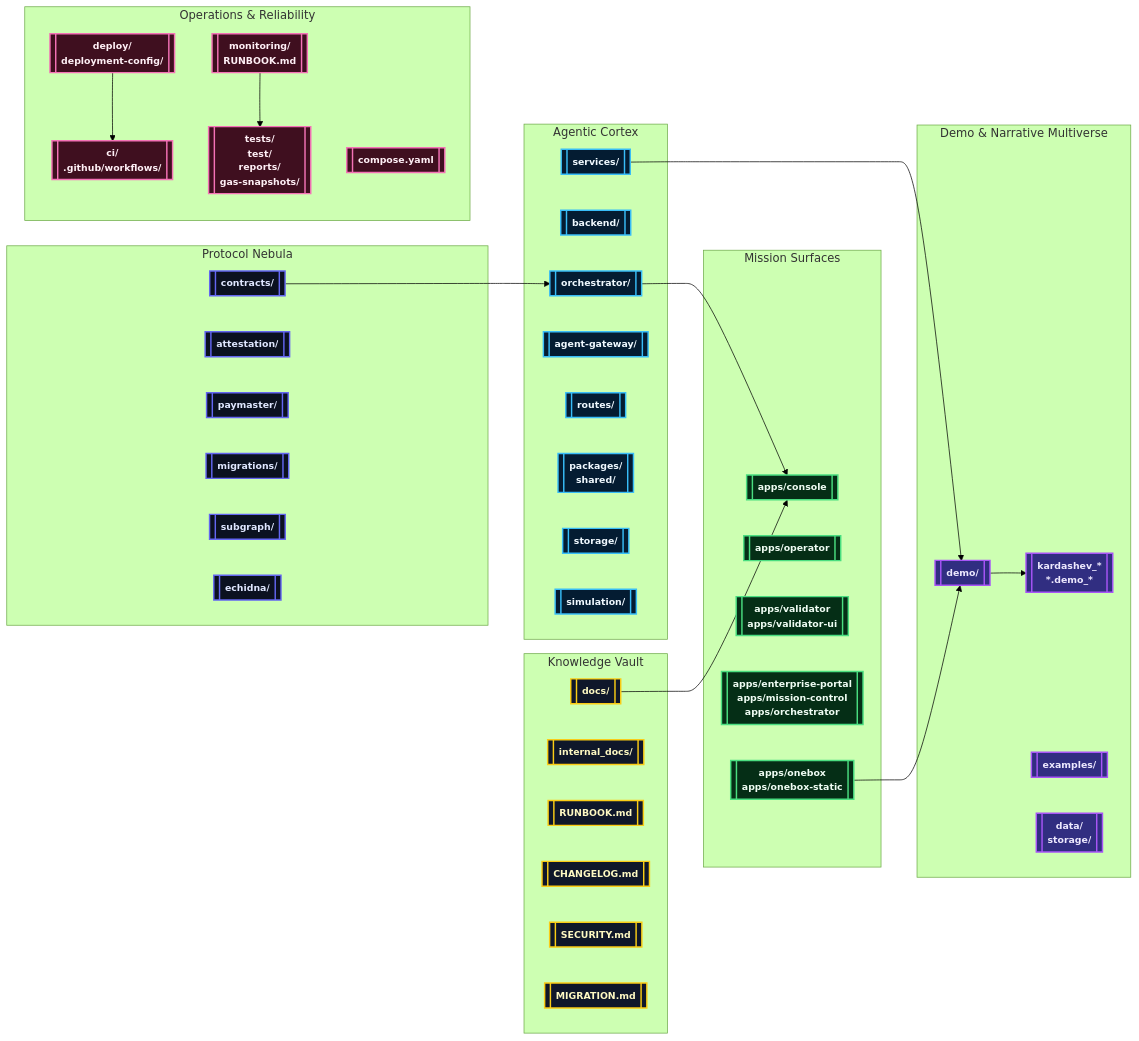
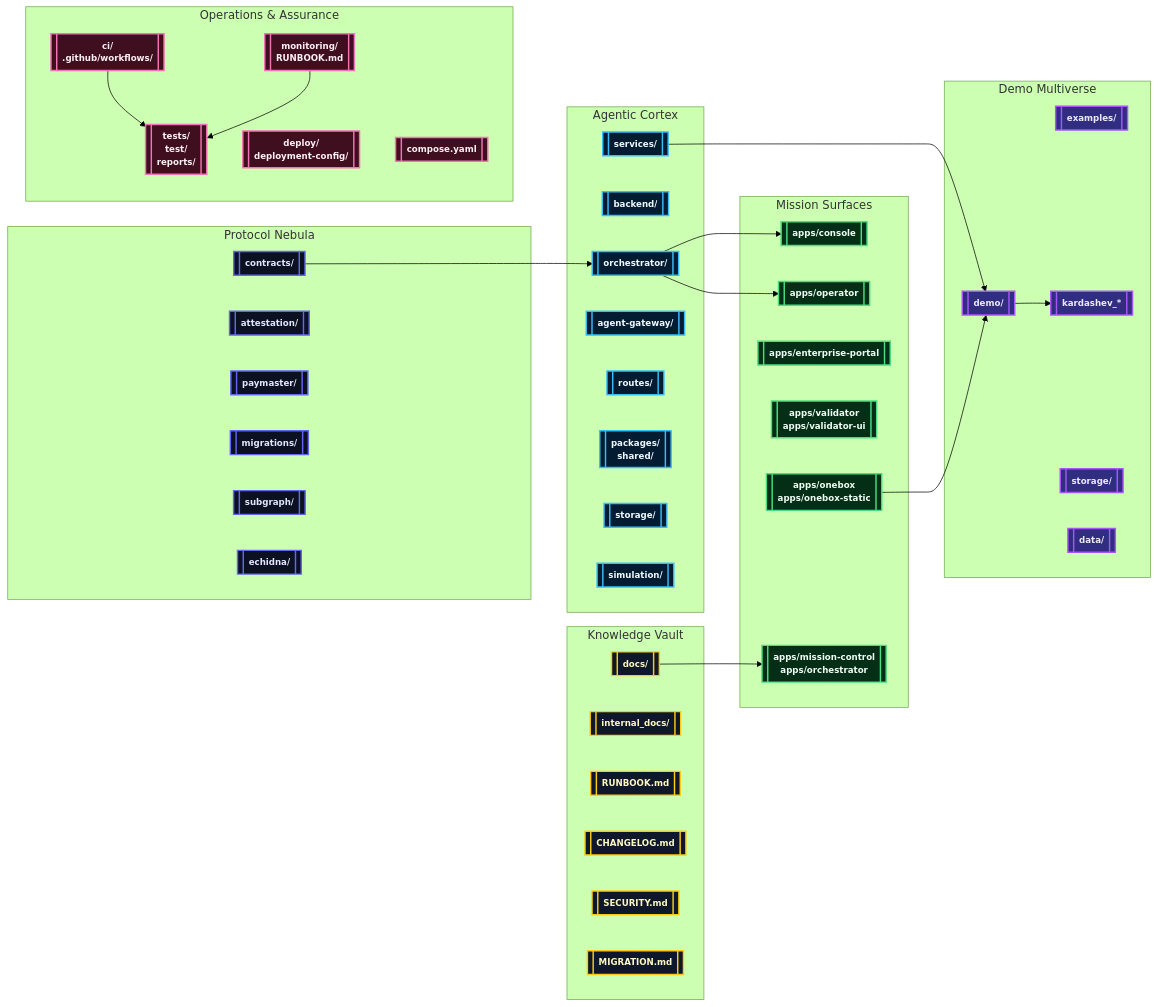
One commit to MontrealAI/AGIJobsv0 changed the first of 2 diagrams in README.md. Above: the diagram before and after it, drawn with Mermaid (forest theme). The commit also changed other lines of this file, not shown here.

Commit message:
docs: refresh root readme for demo multiverse

````diff
--- a/README.md
+++ b/README.md
@@ -69,71 +52,74 @@
 ```mermaid
-%% Grandiose orbital map of AGI Jobs v0 (v2)
+%% Iconic sovereign constellation
 flowchart LR
-    classDef protocol fill:#0b1120,stroke:#6366f1,color:#e0e7ff,font-size:13px,font-weight:bold,stroke-width:2px;
-    classDef cortex fill:#041c32,stroke:#38bdf8,color:#f0f9ff,font-size:13px,font-weight:bold,stroke-width:2px;
-    classDef surfaces fill:#052e16,stroke:#4ade80,color:#f0fdf4,font-size:13px,font-weight:bold,stroke-width:2px;
-    classDef ops fill:#3f0f1f,stroke:#f472b6,color:#fff0f6,font-size:13px,font-weight:bold,stroke-width:2px;
-    classDef demos fill:#312e81,stroke:#a855f7,color:#ede9fe,font-size:13px,font-weight:bold,stroke-width:2px;
-    classDef knowledge fill:#0f172a,stroke:#facc15,color:#fef9c3,font-size:13px,font-weight:bold,stroke-width:2px;
+    classDef protocol fill:#0b1120,stroke:#6366f1,color:#e0e7ff,font-size:12px,font-weight:bold,stroke-width:2px;
+    classDef cortex fill:#041c32,stroke:#38bdf8,color:#f0f9ff,font-size:12px,font-weight:bold,stroke-width:2px;
+    classDef surfaces fill:#052e16,stroke:#4ade80,color:#f0fdf4,font-size:12px,font-weight:bold,stroke-width:2px;
+    classDef demos fill:#312e81,stroke:#a855f7,color:#ede9fe,font-size:12px,font-weight:bold,stroke-width:2px;
+    classDef ops fill:#3f0f1f,stroke:#f472b6,color:#fff0f6,font-size:12px,font-weight:bold,stroke-width:2px;
+    classDef knowledge fill:#0f172a,stroke:#facc15,color:#fef9c3,font-size:12px,font-weight:bold,stroke-width:2px;
 
     subgraph "Protocol Nebula"
         contracts[[contracts/]]:::protocol
-        attestation[[attestation/]]:::protocol
+        attest[[attestation/]]:::protocol
         paymaster[[paymaster/]]:::protocol
         migrations[[migrations/]]:::protocol
         subgraphSvc[[subgraph/]]:::protocol
         echidnaLab[[echidna/]]:::protocol
     end
 
     subgraph "Agentic Cortex"
         orchestrator[[orchestrator/]]:::cortex
         backendSvc[[backend/]]:::cortex
         servicesHub[[services/]]:::cortex
-        agentGateway[[agent-gateway/]]:::cortex
+        gateway[[agent-gateway/]]:::cortex
         routesHub[[routes/]]:::cortex
         packagesHub[[packages/\nshared/]]:::cortex
         storageHub[[storage/]]:::cortex
-        simulationHub[[simulation/]]:::cortex
+        simHub[[simulation/]]:::cortex
     end
 
     subgraph "Mission Surfaces"
         console[[apps/console]]:::surfaces
         operator[[apps/operator]]:::surfaces
-        validatorApp[[apps/validator\napps/validator-ui]]:::surfaces
-        enterprise[[apps/enterprise-portal\napps/mission-control\napps/orchestrator]]:::surfaces
+        enterprise[[apps/enterprise-portal]]:::surfaces
+        validator[[apps/validator\napps/validator-ui]]:::surfaces
         onebox[[apps/onebox\napps/onebox-static]]:::surfaces
+        missionCtrl[[apps/mission-control\napps/orchestrator]]:::surfaces
     end
 
-    subgraph "Operations & Reliability"
-        deploy[[deploy/\ndeployment-config/]]:::ops
-        ci[[ci/\n.github/workflows/]]:::ops
-        monitoring[[monitoring/\nRUNBOOK.md]]:::ops
-        qa[[tests/\ntest/\nreports/\ngas-snapshots/]]:::ops
-        compose[[compose.yaml]]:::ops
+    subgraph "Demo Multiverse"
+        demosRoot[[demo/]]:::demos
+        examplesNode[[examples/]]:::demos
+        kardashev[[kardashev_*]]:::demos
+        storageNode[[storage/]]:::demos
+        dataNode[[data/]]:::demos
     end
 
-    subgraph "Demo & Narrative Multiverse"
-        demosRoot[[demo/]]:::demos
-        kardashev[[kardashev_*\n*.demo_*]]:::demos
-        examples[[examples/]]:::demos
-        datavault[[data/\nstorage/]]:::demos
+    subgraph "Operations & Assurance"
+        ciPipelines[[ci/\n.github/workflows/]]:::ops
+        deployNode[[deploy/\ndeployment-config/]]:::ops
+        monitoringNode[[monitoring/\nRUNBOOK.md]]:::ops
+        qaNode[[tests/\ntest/\nreports/]]:::ops
+        composeNode[[compose.yaml]]:::ops
     end
 
     subgraph "Knowledge Vault"
         docsNode[[docs/]]:::knowledge
         internalNode[[internal_docs/]]:::knowledge
         runbookNode[[RUNBOOK.md]]:::knowledge
         changelogNode[[CHANGELOG.md]]:::knowledge
         securityNode[[SECURITY.md]]:::knowledge
         migrationNode[[MIGRATION.md]]:::knowledge
     end
 
     contracts --> orchestrator
     orchestrator --> console
+    orchestrator --> operator
     servicesHub --> demosRoot
     onebox --> demosRoot
-    deploy --> ci
-    monitoring --> qa
+    ciPipelines --> qaNode
+    monitoringNode --> qaNode
     demosRoot --> kardashev
-    docsNode --> console
+    docsNode --> missionCtrl
 ```
````
